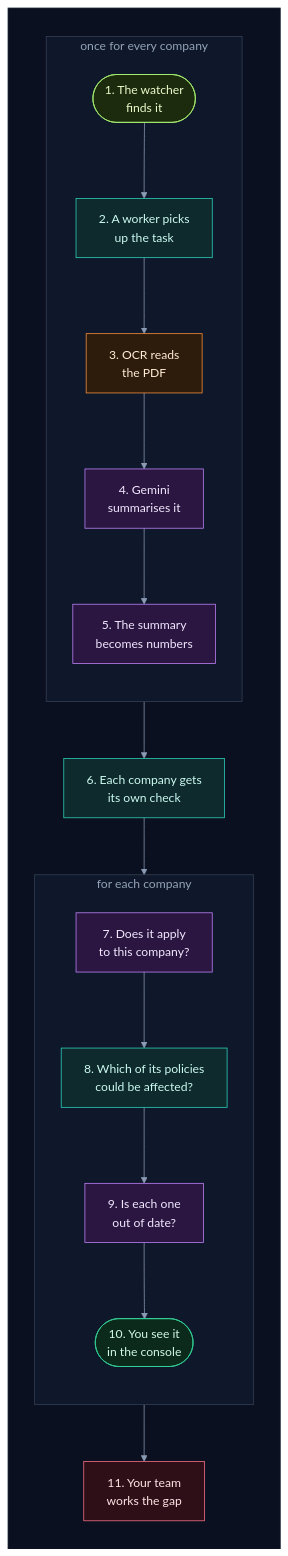
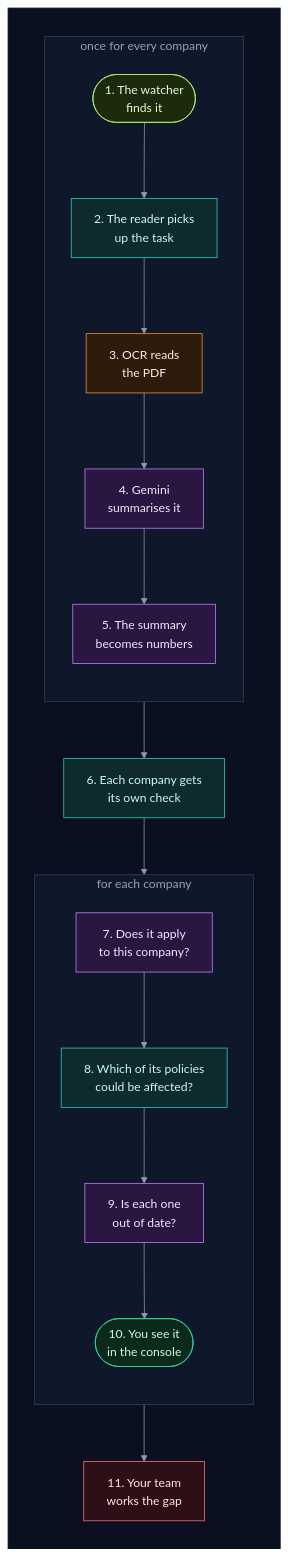
The fifth of 56 diagrams in how_it_works.md (selvakumarperumal/Regulatory_Circular_Impact_Agent), drawn with Mermaid before and after one commit. The commit also changed other lines of this file and 7 other files, not shown here.

````diff
--- a/how_it_works.md
+++ b/how_it_works.md
@@ -331,42 +348,42 @@
 ```mermaid
 %%{init: {"theme": "base", "flowchart": {"diagramPadding": 0}, "themeVariables": {"darkMode": true, "primaryColor": "#16213a", "primaryTextColor": "#e6edf7", "primaryBorderColor": "#475a7a", "lineColor": "#8b9bb4", "secondaryColor": "#1b2436", "tertiaryColor": "#101a2e", "edgeLabelBackground": "#0f172a", "textColor": "#e2e8f0", "clusterBkg": "#0f1728", "clusterBorder": "#2b3a55", "titleColor": "#c4b5fd", "nodeTextColor": "#e6edf7"}}}%%
 flowchart TD
     subgraph canvas[" "]
         direction TB
         subgraph once["once for every company"]
             direction TB
-            s1(["1. The watcher<br/>finds it"]) --> s2["2. A worker picks<br/>up the task"]
+            s1(["1. The watcher<br/>finds it"]) --> s2["2. The reader picks<br/>up the task"]
             s2 --> s3["3. OCR reads<br/>the PDF"]
             s3 --> s4["4. Gemini<br/>summarises it"]
             s4 --> s5["5. The summary<br/>becomes numbers"]
         end
         s5 --> s6["6. Each company gets<br/>its own check"]
         subgraph each["for each company"]
             direction TB
             s7["7. Does it apply<br/>to this company?"] --> s8["8. Which of its policies<br/>could be affected?"]
             s8 --> s9["9. Is each one<br/>out of date?"]
             s9 --> s10(["10. You see it<br/>in the console"])
         end
         s6 --> s7
         s10 --> s11["11. Your team<br/>works the gap"]
     end
     classDef svc fill:#0e2a2c,stroke:#2dd4bf,color:#ccfbf1
     classDef data fill:#1c1a47,stroke:#818cf8,color:#e0e7ff
     classDef ext fill:#2a1640,stroke:#c084fc,color:#f3e8ff
     classDef gpu fill:#2d1b0c,stroke:#fb923c,color:#ffedd5
     classDef ask fill:#2a2410,stroke:#fbbf24,color:#fef3c7
     classDef ok fill:#0b2a1c,stroke:#34d399,color:#d1fae5
     classDef bad fill:#2e0f17,stroke:#fb7185,color:#ffe4e6
     classDef start fill:#1c2a0e,stroke:#a7ef6f,color:#ecfccb
     classDef muted fill:#1a2130,stroke:#64748b,color:#cbd5e1
     classDef queue fill:#0c2231,stroke:#38bdf8,color:#e0f2fe
     class s1 start
     class s2,s6,s8 svc
     class s3 gpu
     class s4,s5,s7,s9 ext
     class s10 ok
     class s11 bad
     style once fill:#0f172a,stroke:#334155,color:#94a3b8
     style each fill:#0f172a,stroke:#334155,color:#94a3b8
     style canvas fill:#0b1020,stroke:#1e293b,color:#0b1020
 ```
````
